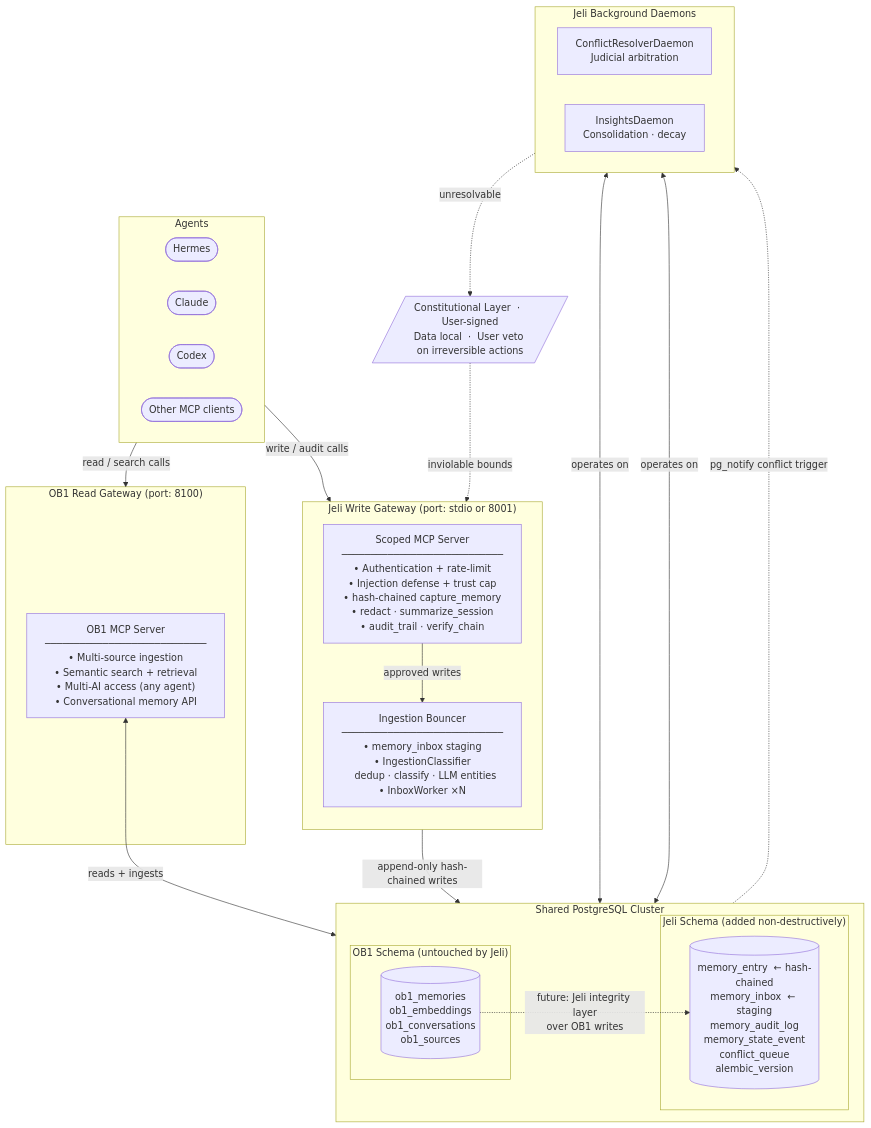
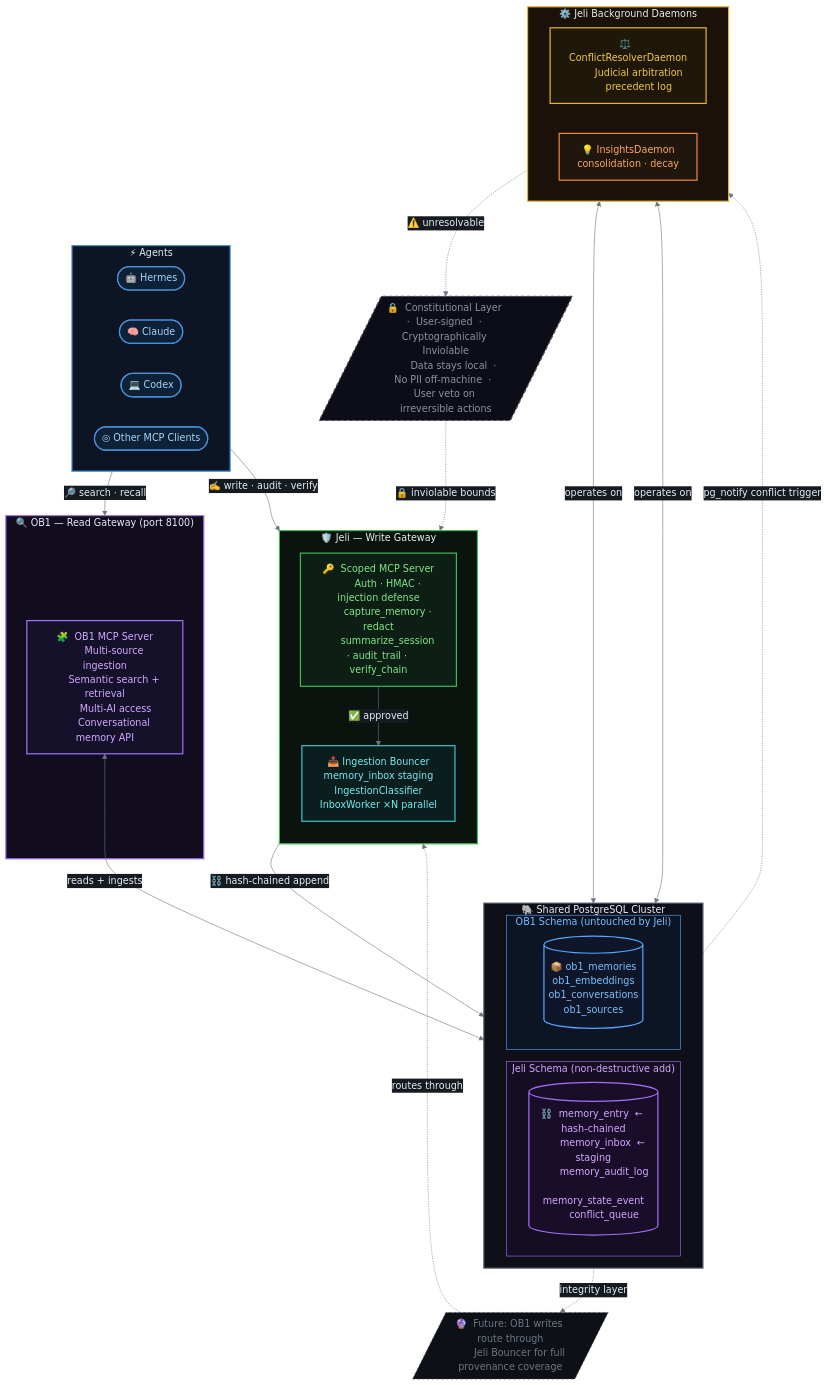
One commit to LegionForge/jeli changed the second of 2 diagrams in README.md. Above: the diagram before and after it, drawn with Mermaid. The commit also changed other lines of this file, not shown here.

Commit message:
docs: dark-themed Mermaid diagrams with color-coded layers and icons
%%{init}%% dark theme (navy #0d1117 background) across both diagrams.
classDef per layer: blue agents, green Jeli/MCP, teal Bouncer, purple
storage, gold judicial, orange daemons, dashed grey Constitutional.
subgraph style overrides match section accent colors. Emoji icons as
visual cues for each component type (Row-Bot-inspired visual language,
within Mermaid's constraints).

````diff
--- a/README.md
+++ b/README.md
@@ -130,77 +152,86 @@
 ```mermaid
+%%{init: {'theme': 'base', 'themeVariables': {
+  'background':         '#0d1117',
+  'mainBkg':            '#161b22',
+  'primaryColor':       '#1c2938',
+  'primaryBorderColor': '#30363d',
+  'primaryTextColor':   '#e6edf3',
+  'lineColor':          '#6e7681',
+  'clusterBkg':         '#161b22',
+  'clusterBorder':      '#30363d',
+  'edgeLabelBackground':'#161b22',
+  'titleColor':         '#e6edf3'
+}}}%%
+
 flowchart TB
-    subgraph AGENTS["Agents"]
+    classDef agent      fill:#0d2137,stroke:#4a90d9,stroke-width:2px,color:#a8d4ff
+    classDef jeliNode   fill:#0d1f15,stroke:#3fb950,stroke-width:2px,color:#7ee787
+    classDef jeliTeal   fill:#0a1e1e,stroke:#39c5cf,stroke-width:2px,color:#79e8ef
+    classDef ob1Node    fill:#16112b,stroke:#a371f7,stroke-width:2px,color:#d2a8ff
+    classDef dbJeli     fill:#1a0d2a,stroke:#a371f7,stroke-width:2px,color:#d2a8ff
+    classDef dbOb1      fill:#0f1629,stroke:#58a6ff,stroke-width:2px,color:#79c0ff
+    classDef judicial   fill:#1f1808,stroke:#e3b341,stroke-width:2px,color:#f0c842
+    classDef daemon     fill:#1f160d,stroke:#f0883e,stroke-width:2px,color:#ffa657
+    classDef constStyle fill:#0d0d18,stroke:#484f58,stroke-width:2px,stroke-dasharray:6 4,color:#8b949e
+    classDef future     fill:#0d1117,stroke:#484f58,stroke-width:1px,stroke-dasharray:4 4,color:#6e7681
+
+    subgraph AGENTS["⚡  Agents"]
         direction LR
-        H([Hermes])
-        CL([Claude])
-        CD([Codex])
-        OTH([Other MCP clients])
+        H(["🤖  Hermes"]):::agent
+        CL(["🧠  Claude"]):::agent
+        CD(["💻  Codex"]):::agent
+        OTH(["◎  Other MCP Clients"]):::agent
     end
 
-    subgraph JELI_GATE["Jeli Write Gateway  (port: stdio or 8001)"]
+    subgraph JELI_GATE["🛡️  Jeli — Write Gateway"]
         direction TB
-        SMCP["Scoped MCP Server
-────────────────────────────
-• Authentication + rate-limit
-• Injection defense + trust cap
-• hash-chained capture_memory
-• redact · summarize_session
-• audit_trail · verify_chain"]
-        BNCR["Ingestion Bouncer
-────────────────────────────
-• memory_inbox staging
-• IngestionClassifier
-  dedup · classify · LLM entities
-• InboxWorker ×N"]
-        SMCP -->|approved writes| BNCR
+        SMCP["🔑  Scoped MCP Server\n       Auth · HMAC · injection defense\n       capture_memory · redact\n       summarize_session · audit_trail · verify_chain"]:::jeliNode
+        BNCR["📥  Ingestion Bouncer\n       memory_inbox staging\n       IngestionClassifier\n       InboxWorker ×N parallel"]:::jeliTeal
+        SMCP -->|"✅  approved"| BNCR
     end
 
-    subgraph OB1_GATE["OB1 Read Gateway  (port: 8100)"]
-        OB1MCP["OB1 MCP Server
-────────────────────────────
-• Multi-source ingestion
-• Semantic search + retrieval
-• Multi-AI access (any agent)
-• Conversational memory API"]
+    subgraph OB1_GATE["🔍  OB1 — Read Gateway  (port 8100)"]
+        OB1MCP["🧩  OB1 MCP Server\n       Multi-source ingestion\n       Semantic search + retrieval\n       Multi-AI access\n       Conversational memory API"]:::ob1Node
     end
 
-    subgraph SHARED_DB["Shared PostgreSQL Cluster"]
+    subgraph SHARED_DB["🐘  Shared PostgreSQL Cluster"]
         direction LR
+
+        subgraph JELI_SCHEMA["Jeli Schema  (non-destructive add)"]
+            JT[("⛓️  memory_entry  ← hash-chained\n       memory_inbox  ← staging\n       memory_audit_log\n       memory_state_event\n       conflict_queue")]:::dbJeli
+        end
+
         subgraph OB1_SCHEMA["OB1 Schema  (untouched by Jeli)"]
-            OT[("ob1_memories
-ob1_embeddings
-ob1_conversations
-ob1_sources")]
-        end
-        subgraph JELI_SCHEMA["Jeli Schema  (added non-destructively)"]
-            JT[("memory_entry  ← hash-chained
-memory_inbox  ← staging
-memory_audit_log
-memory_state_event
-conflict_queue
-alembic_version")]
+            OT[("📦  ob1_memories\n       ob1_embeddings\n       ob1_conversations\n       ob1_sources")]:::dbOb1
         end
     end
 
-    subgraph JELI_DAEMONS["Jeli Background Daemons"]
+    subgraph JELI_DAEMONS["⚙️  Jeli Background Daemons"]
         direction LR
-        CRD["ConflictResolverDaemon
-Judicial arbitration"]
-        INS["InsightsDaemon
-Consolidation · decay"]
+        CRD["⚖️  ConflictResolverDaemon\n       Judicial arbitration\n       precedent log"]:::judicial
+        INS["💡  InsightsDaemon\n       consolidation · decay"]:::daemon
     end
 
-    CONST[/"Constitutional Layer  ·  User-signed
-Data local  ·  User veto on irreversible actions"/]
+    CONST[/"🔒  Constitutional Layer  ·  User-signed  ·  Cryptographically Inviolable\n       Data stays local  ·  No PII off-machine  ·  User veto on irreversible actions"/]:::constStyle
 
-    AGENTS -->|"write / audit calls"| JELI_GATE
-    AGENTS -->|"read / search calls"| OB1_GATE
-    BNCR -->|"append-only hash-chained writes"| JT
-    OB1MCP <-->|"reads + ingests"| OT
-    JT -.->|"pg_notify conflict trigger"| CRD
-    CRD & INS <-->|"operates on"| JT
-    CRD -.->|unresolvable| CONST
-    CONST -.->|inviolable bounds| SMCP
+    FUTURE[/"🔮  Future: OB1 writes route through\n       Jeli Bouncer for full provenance coverage"/]:::future
 
-    OT -.->|"future: Jeli integrity layer\nover OB1 writes"| JT
+    AGENTS      -->|"✍️  write · audit · verify"| JELI_GATE
+    AGENTS      -->|"🔎  search · recall"| OB1_GATE
+    BNCR        -->|"⛓️  hash-chained append"| JT
+    OB1MCP     <-->|"reads + ingests"| OT
+    JT         -.->|"pg_notify conflict trigger"| CRD
+    CRD & INS  <-->|"operates on"| JT
+    CRD        -.->|"⚠️  unresolvable"| CONST
+    CONST      -.->|"🔒  inviolable bounds"| SMCP
+    OT         -.->|"integrity layer"| FUTURE
+    FUTURE     -.->|"routes through"| BNCR
+
+    style AGENTS      fill:#0d1525,stroke:#4a90d9,stroke-width:2px,color:#e6edf3
+    style JELI_GATE   fill:#0a130d,stroke:#3fb950,stroke-width:2px,color:#e6edf3
+    style OB1_GATE    fill:#110d1e,stroke:#a371f7,stroke-width:2px,color:#e6edf3
+    style SHARED_DB   fill:#0f0f1a,stroke:#484f58,stroke-width:2px,color:#e6edf3
+    style JELI_SCHEMA fill:#150d22,stroke:#a371f7,stroke-width:1px,color:#d2a8ff
+    style OB1_SCHEMA  fill:#0d1525,stroke:#58a6ff,stroke-width:1px,color:#79c0ff
+    style JELI_DAEMONS fill:#1a1208,stroke:#e3b341,stroke-width:2px,color:#e6edf3
 ```
````
